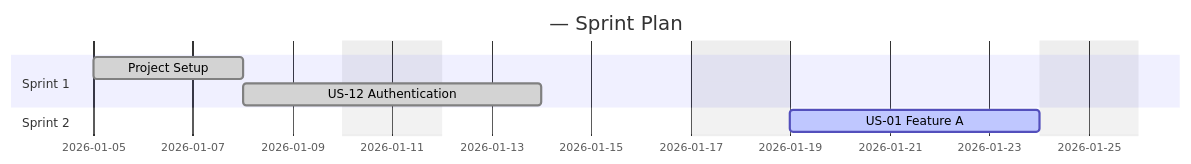
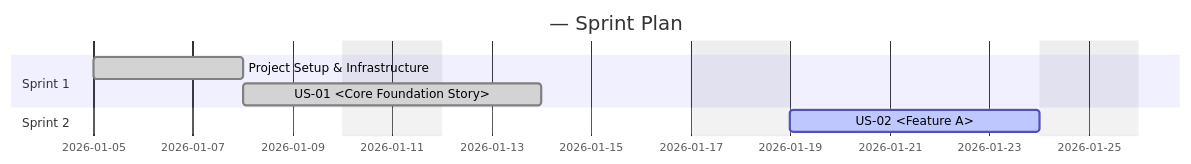
The diagram in .github/prompts/agent-sprint-planner.prompt.md (kv-sub/Random-ui), drawn with Mermaid before and after one commit. The commit also changed other lines of this file and 8 other files, not shown here.

````diff
--- a/.github/prompts/agent-sprint-planner.prompt.md
+++ b/.github/prompts/agent-sprint-planner.prompt.md
@@ -183,13 +184,13 @@
 ```mermaid
 gantt
     title <Project Name> — Sprint Plan
     dateFormat  YYYY-MM-DD
     excludes weekends
 
     section Sprint 1
-    Project Setup           :done, sp1a, 2026-01-05, 3d
-    US-12 Authentication    :done, sp1b, 2026-01-08, 4d
+    Project Setup & Infrastructure  :done, sp1a, 2026-01-05, 3d
+    US-01 <Core Foundation Story>   :done, sp1b, 2026-01-08, 4d
 
     section Sprint 2
-    US-01 Feature A         :active, sp2a, 2026-01-19, 5d
+    US-02 <Feature A>               :active, sp2a, 2026-01-19, 5d
 ```
````
